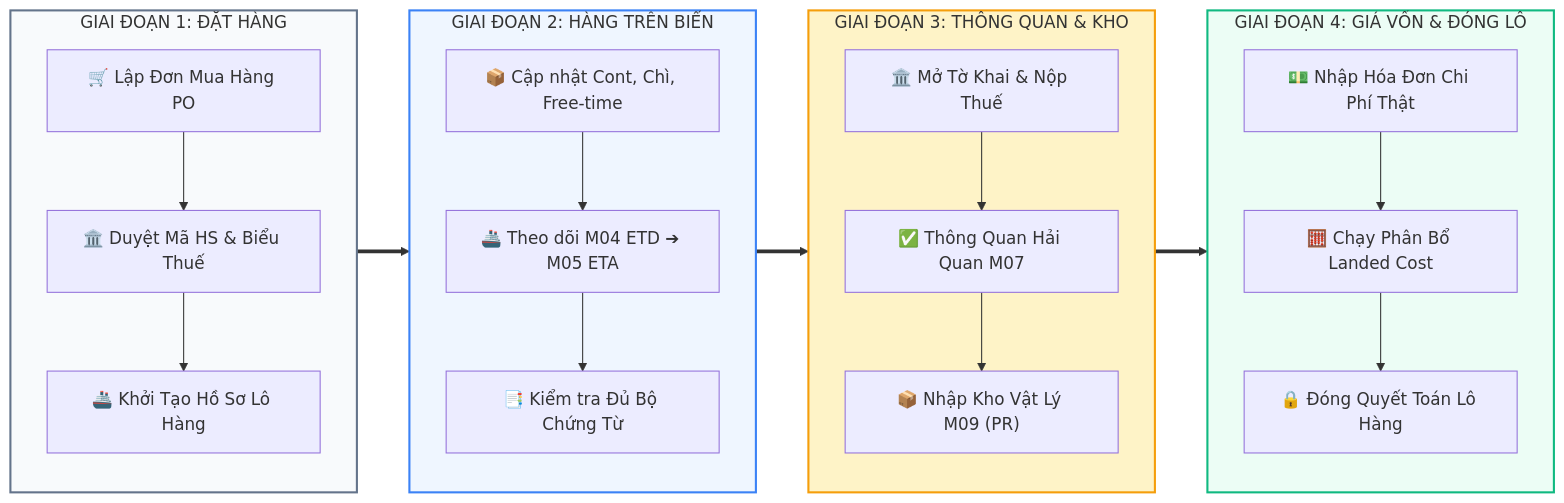
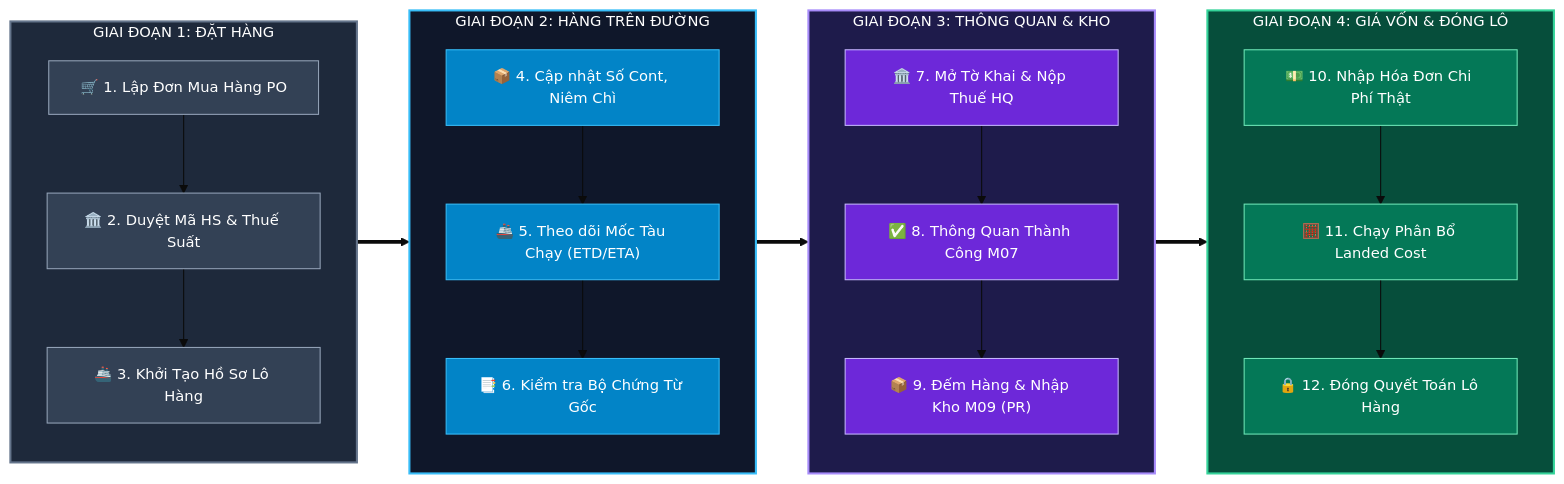
One commit to capkimkhanh2k5/Logistics_ERPNext_RAG changed the third of 4 diagrams in KIEN_TRUC_HE_THONG_QUAN_TRI_XUAT_NHAP_KHAU.md. Above: the diagram before and after it, drawn with Mermaid. The commit also changed other lines of this file, not shown here.

Commit message:
style(diagrams): apply high-contrast dark palette with crisp white text to all architecture diagrams

````diff
--- a/KIEN_TRUC_HE_THONG_QUAN_TRI_XUAT_NHAP_KHAU.md
+++ b/KIEN_TRUC_HE_THONG_QUAN_TRI_XUAT_NHAP_KHAU.md
@@ -168,47 +192,64 @@
 ```mermaid
+%%{init: {'theme': 'base', 'themeVariables': { 'fontFamily': 'Arial, sans-serif', 'fontSize': '14px'}}}%%
 flowchart LR
     %% CHẶNG 1
-    subgraph ST1["GIAI ĐOẠN 1: ĐẶT HÀNG"]
+    subgraph S1["GIAI ĐOẠN 1: ĐẶT HÀNG"]
         direction TB
-        S1_A["🛒 Lập Đơn Mua Hàng PO"]
-        S1_B["🏛️ Duyệt Mã HS & Biểu Thuế"]
-        S1_C["🚢 Khởi Tạo Hồ Sơ Lô Hàng"]
-        S1_A --> S1_B --> S1_C
+        S1_1["🛒 1. Lập Đơn Mua Hàng PO"]
+        S1_2["🏛️ 2. Duyệt Mã HS & Thuế Suất"]
+        S1_3["🚢 3. Khởi Tạo Hồ Sơ Lô Hàng"]
+        S1_1 --> S1_2 --> S1_3
     end
 
     %% CHẶNG 2
-    subgraph ST2["GIAI ĐOẠN 2: HÀNG TRÊN BIỂN"]
+    subgraph S2["GIAI ĐOẠN 2: HÀNG TRÊN ĐƯỜNG"]
         direction TB
-        S2_A["📦 Cập nhật Cont, Chì, Free-time"]
-        S2_B["🚢 Theo dõi M04 ETD ➔ M05 ETA"]
-        S2_C["📑 Kiểm tra Đủ Bộ Chứng Từ"]
-        S2_A --> S2_B --> S2_C
+        S2_1["📦 4. Cập nhật Số Cont, Niêm Chì"]
+        S2_2["🚢 5. Theo dõi Mốc Tàu Chạy (ETD/ETA)"]
+        S2_3["📑 6. Kiểm tra Bộ Chứng Từ Gốc"]
+        S2_1 --> S2_2 --> S2_3
     end
 
     %% CHẶNG 3
-    subgraph ST3["GIAI ĐOẠN 3: THÔNG QUAN & KHO"]
+    subgraph S3["GIAI ĐOẠN 3: THÔNG QUAN & KHO"]
         direction TB
-        S3_A["🏛️ Mở Tờ Khai & Nộp Thuế"]
-        S3_B["✅ Thông Quan Hải Quan M07"]
-        S3_C["📦 Nhập Kho Vật Lý M09 (PR)"]
-        S3_A --> S3_B --> S3_C
+        S3_1["🏛️ 7. Mở Tờ Khai & Nộp Thuế HQ"]
+        S3_2["✅ 8. Thông Quan Thành Công M07"]
+        S3_3["📦 9. Đếm Hàng & Nhập Kho M09 (PR)"]
+        S3_1 --> S3_2 --> S3_3
     end
 
     %% CHẶNG 4
-    subgraph ST4["GIAI ĐOẠN 4: GIÁ VỐN & ĐÓNG LÔ"]
+    subgraph S4["GIAI ĐOẠN 4: GIÁ VỐN & ĐÓNG LÔ"]
         direction TB
-        S4_A["💵 Nhập Hóa Đơn Chi Phí Thật"]
-        S4_B["🧮 Chạy Phân Bổ Landed Cost"]
-        S4_C["🔒 Đóng Quyết Toán Lô Hàng"]
-        S4_A --> S4_B --> S4_C
+        S4_1["💵 10. Nhập Hóa Đơn Chi Phí Thật"]
+        S4_2["🧮 11. Chạy Phân Bổ Landed Cost"]
+        S4_3["🔒 12. Đóng Quyết Toán Lô Hàng"]
+        S4_1 --> S4_2 --> S4_3
     end
 
-    %% DÒNG CHẢY XUYÊN SUỐT
-    ST1 ==> ST2 ==> ST3 ==> ST4
+    %% LIÊN KẾT CHẶNG
+    S1 ==> S2 ==> S3 ==> S4
 
-    %% PHONG CÁCH
-    style ST1 fill:#F8FAFC,stroke:#64748B,stroke-width:2px
-    style ST2 fill:#EFF6FF,stroke:#3B82F6,stroke-width:2px
-    style ST3 fill:#FEF3C7,stroke:#F59E0B,stroke-width:2px
-    style ST4 fill:#ECFDF5,stroke:#10B981,stroke-width:2px
+    %% STYLE NỀN MÀU RÕ RÀNG
+    style S1 fill:#1E293B,stroke:#64748B,stroke-width:2px,color:#FFFFFF
+    style S2 fill:#0F172A,stroke:#38BDF8,stroke-width:2px,color:#FFFFFF
+    style S3 fill:#1E1B4B,stroke:#A78BFA,stroke-width:2px,color:#FFFFFF
+    style S4 fill:#064E3B,stroke:#34D399,stroke-width:2px,color:#FFFFFF
+
+    style S1_1 fill:#334155,stroke:#94A3B8,color:#FFFFFF
+    style S1_2 fill:#334155,stroke:#94A3B8,color:#FFFFFF
+    style S1_3 fill:#334155,stroke:#94A3B8,color:#FFFFFF
+
+    style S2_1 fill:#0284C7,stroke:#38BDF8,color:#FFFFFF
+    style S2_2 fill:#0284C7,stroke:#38BDF8,color:#FFFFFF
+    style S2_3 fill:#0284C7,stroke:#38BDF8,color:#FFFFFF
+
+    style S3_1 fill:#6D28D9,stroke:#C4B5FD,color:#FFFFFF
+    style S3_2 fill:#6D28D9,stroke:#C4B5FD,color:#FFFFFF
+    style S3_3 fill:#6D28D9,stroke:#C4B5FD,color:#FFFFFF
+
+    style S4_1 fill:#047857,stroke:#6EE7B7,color:#FFFFFF
+    style S4_2 fill:#047857,stroke:#6EE7B7,color:#FFFFFF
+    style S4_3 fill:#047857,stroke:#6EE7B7,color:#FFFFFF
 ```
````
